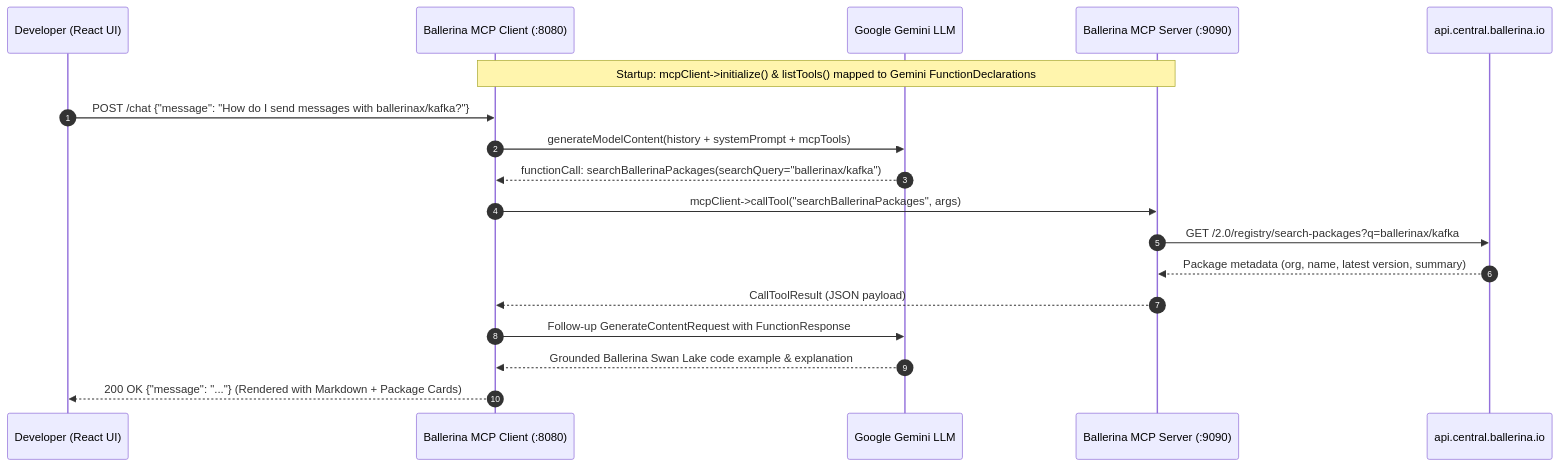
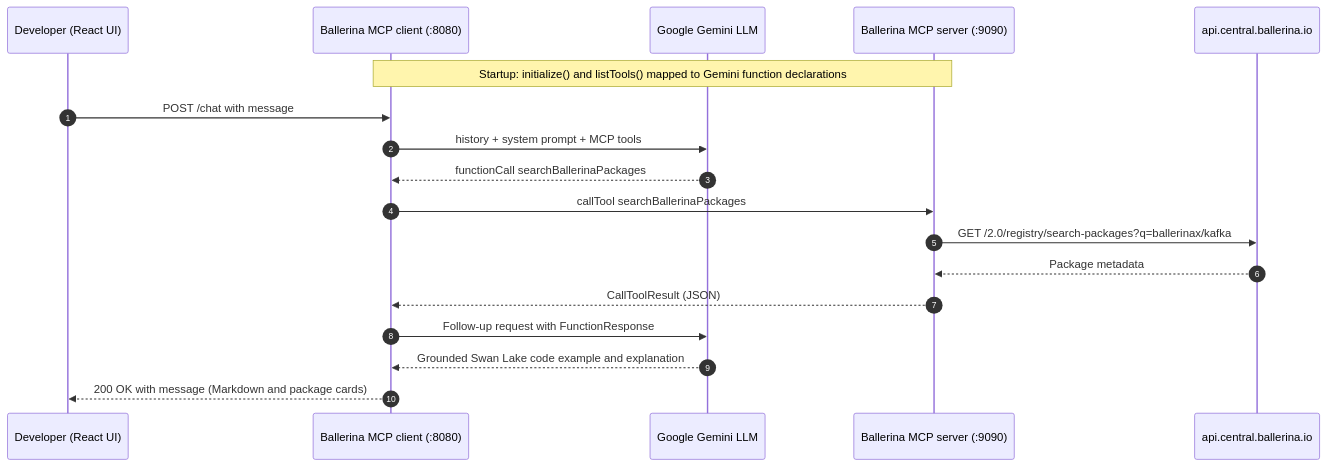
One commit to AbQaadir/ballerina-central-ai changed the third of 3 diagrams in README.md. Above: the diagram before and after it, drawn with Mermaid. The commit also changed other lines of this file, not shown here.

Commit message:
docs: rewrite README as a blog-style article with diagrams

````diff
--- a/README.md
+++ b/README.md
@@ -65,21 +100,21 @@
 ```mermaid
 sequenceDiagram
   autonumber
   participant User as Developer (React UI)
-  participant Client as Ballerina MCP Client (:8080)
+  participant Client as Ballerina MCP client (:8080)
   participant Gemini as Google Gemini LLM
-  participant Server as Ballerina MCP Server (:9090)
+  participant Server as Ballerina MCP server (:9090)
   participant Central as api.central.ballerina.io
 
-  Note over Client,Server: Startup: mcpClient->initialize() & listTools() mapped to Gemini FunctionDeclarations
-  User->>Client: POST /chat {"message": "How do I send messages with ballerinax/kafka?"}
-  Client->>Gemini: generateModelContent(history + systemPrompt + mcpTools)
-  Gemini-->>Client: functionCall: searchBallerinaPackages(searchQuery="ballerinax/kafka")
-  Client->>Server: mcpClient->callTool("searchBallerinaPackages", args)
+  Note over Client,Server: Startup: initialize() and listTools() mapped to Gemini function declarations
+  User->>Client: POST /chat with message
+  Client->>Gemini: history + system prompt + MCP tools
+  Gemini-->>Client: functionCall searchBallerinaPackages
+  Client->>Server: callTool searchBallerinaPackages
   Server->>Central: GET /2.0/registry/search-packages?q=ballerinax/kafka
-  Central-->>Server: Package metadata (org, name, latest version, summary)
-  Server-->>Client: CallToolResult (JSON payload)
-  Client->>Gemini: Follow-up GenerateContentRequest with FunctionResponse
-  Gemini-->>Client: Grounded Ballerina Swan Lake code example & explanation
-  Client-->>User: 200 OK {"message": "..."} (Rendered with Markdown + Package Cards)
+  Central-->>Server: Package metadata
+  Server-->>Client: CallToolResult (JSON)
+  Client->>Gemini: Follow-up request with FunctionResponse
+  Gemini-->>Client: Grounded Swan Lake code example and explanation
+  Client-->>User: 200 OK with message (Markdown and package cards)
 ```
````
